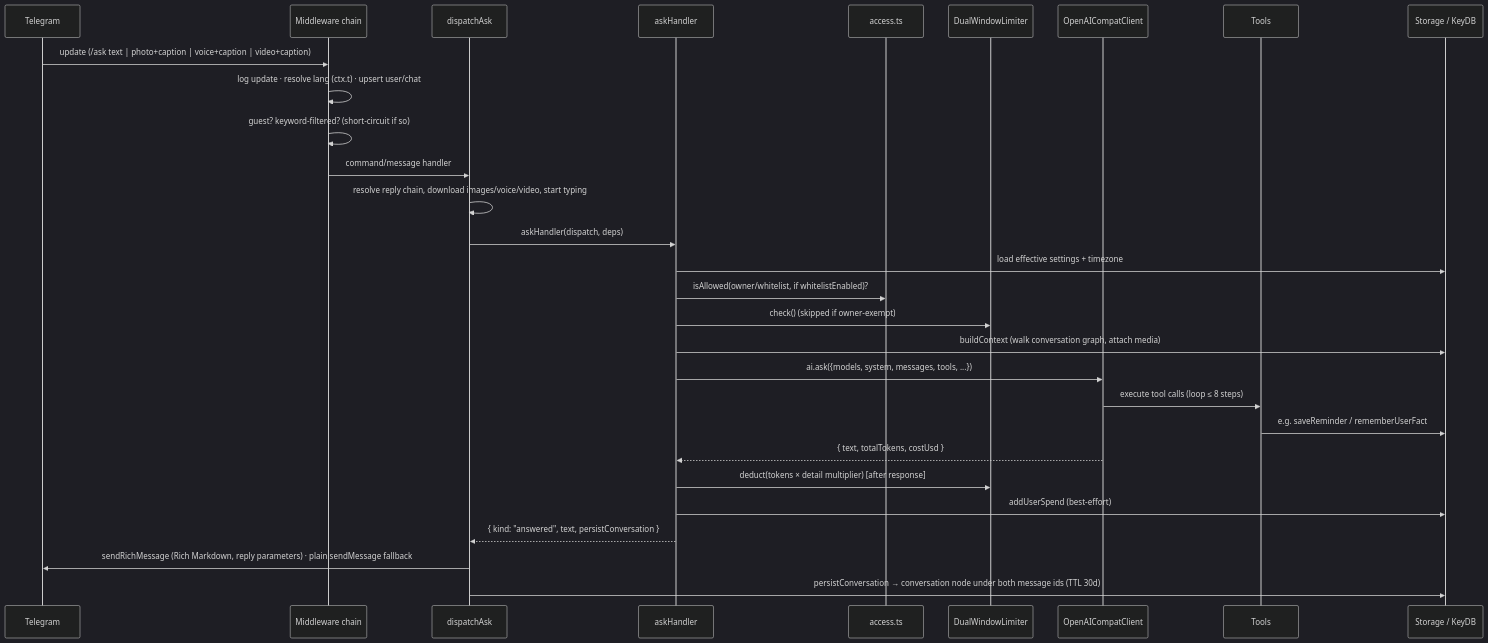
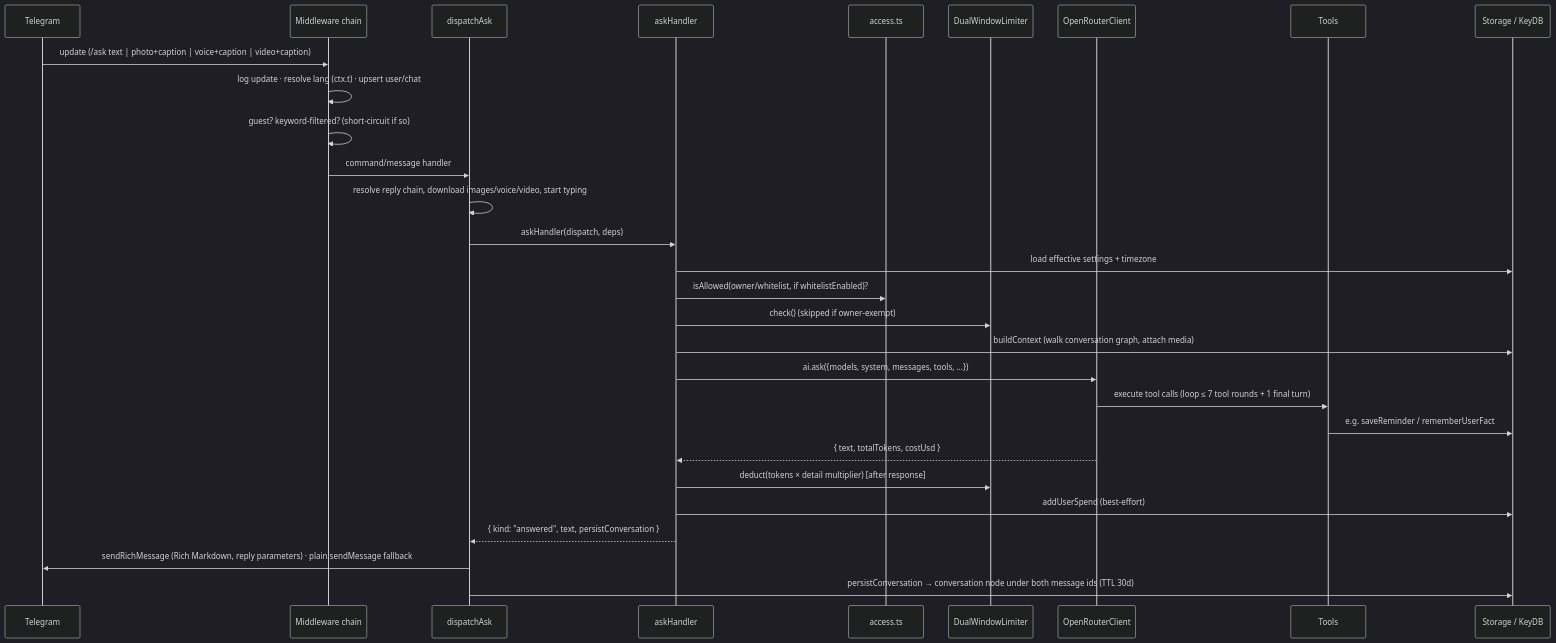
The second of 3 diagrams in docs/ARCHITECTURE.md (The-Fisher-Slopworks-Co/any_talker), drawn with Mermaid (dark theme) before and after one commit. The commit also changed other lines of this file and 40 other files, not shown here.

First line of the commit message:
feat(ai)!: switch to the first-party OpenRouter stack

````diff
--- a/docs/ARCHITECTURE.md
+++ b/docs/ARCHITECTURE.md
@@ -514,32 +532,32 @@
 ```mermaid
 sequenceDiagram
     participant TG as Telegram
     participant MW as Middleware chain
     participant D as dispatchAsk
     participant H as askHandler
     participant ACC as access.ts
     participant RL as DualWindowLimiter
-    participant AI as OpenAICompatClient
+    participant AI as OpenRouterClient
     participant T as Tools
     participant S as Storage / KeyDB
 
     TG->>MW: update (/ask text | photo+caption | voice+caption | video+caption)
     MW->>MW: log update · resolve lang (ctx.t) · upsert user/chat
     MW->>MW: guest? keyword-filtered? (short-circuit if so)
     MW->>D: command/message handler
     D->>D: resolve reply chain, download images/voice/video, start typing
     D->>H: askHandler(dispatch, deps)
     H->>S: load effective settings + timezone
     H->>ACC: isAllowed(owner/whitelist, if whitelistEnabled)?
     H->>RL: check() (skipped if owner-exempt)
     H->>S: buildContext (walk conversation graph, attach media)
     H->>AI: ai.ask({models, system, messages, tools, ...})
-    AI->>T: execute tool calls (loop ≤ 8 steps)
+    AI->>T: execute tool calls (loop ≤ 7 tool rounds + 1 final turn)
     T->>S: e.g. saveReminder / rememberUserFact
     AI-->>H: { text, totalTokens, costUsd }
     H->>RL: deduct(tokens × detail multiplier)  [after response]
     H->>S: addUserSpend (best-effort)
     H-->>D: { kind: "answered", text, persistConversation }
     D->>TG: sendRichMessage (Rich Markdown, reply parameters) · plain sendMessage fallback
     D->>S: persistConversation → conversation node under both message ids (TTL 30d)
 ```
````
